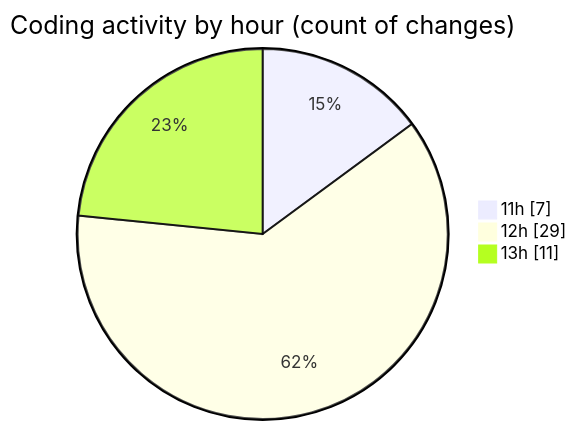
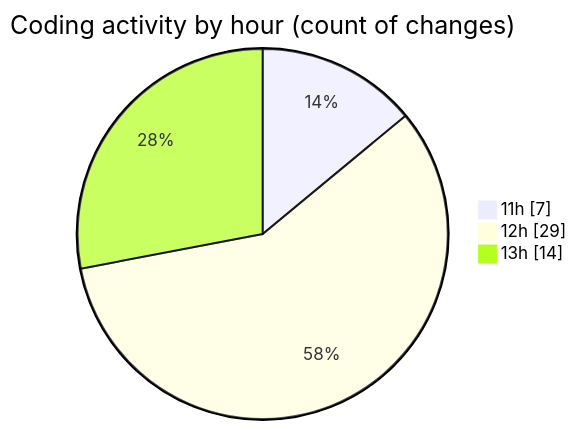
One commit to LanceThiago/code-tracking changed the second of 2 diagrams in 2025-01-08/nueva_carpeta/README.md. Above: the diagram before and after it, drawn with Mermaid. The commit also changed other lines of this file and 1 other file, not shown here.

````diff
--- a/2025-01-08/nueva_carpeta/README.md
+++ b/2025-01-08/nueva_carpeta/README.md
@@ -28,7 +28,7 @@
 ```mermaid
 pie showData
 title Coding activity by hour (count of changes)
 "11h" : 7
 "12h" : 29
-"13h" : 11
+"13h" : 14
 ```
````
